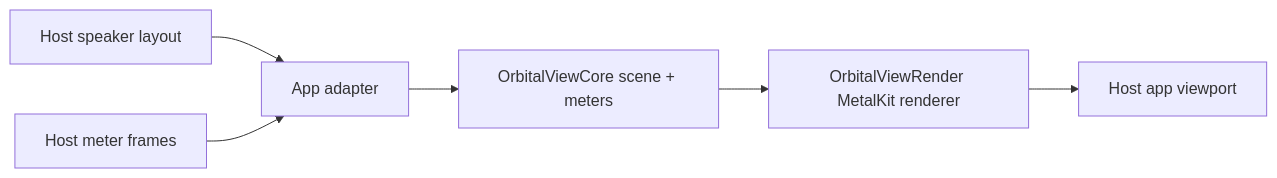
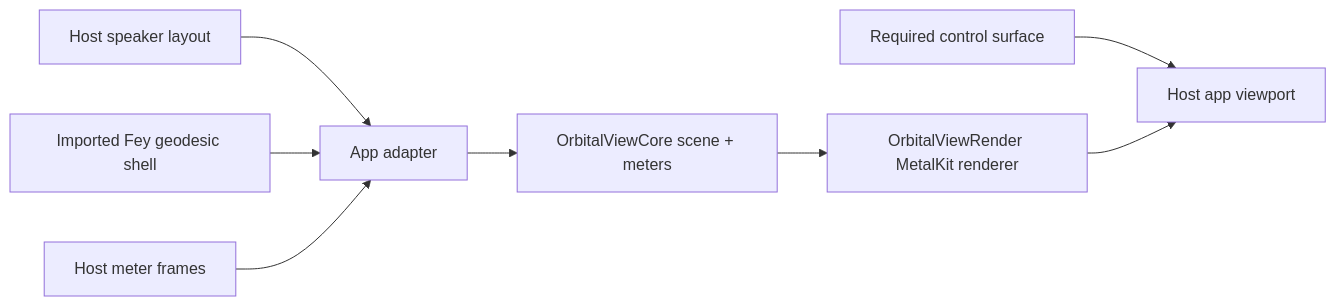
Before and after one commit to jebagu/orbital-view: the second of 10 diagrams in docs/system-flows.md, drawn with Mermaid. The commit also changed other lines of this file and 34 other files, not shown here.

````diff
--- a/docs/system-flows.md
+++ b/docs/system-flows.md
@@ -14,8 +14,10 @@
 ```mermaid
 flowchart LR
   HostLayout["Host speaker layout"] --> Adapter["App adapter"]
+  FeyShell["Imported Fey geodesic shell"] --> Adapter
   HostMeters["Host meter frames"] --> Adapter
   Adapter --> Core["OrbitalViewCore scene + meters"]
   Core --> Renderer["OrbitalViewRender MetalKit renderer"]
-  Renderer --> UI["Host app viewport"]
+  Controls["Required control surface"] --> UI["Host app viewport"]
+  Renderer --> UI
 ```
````
